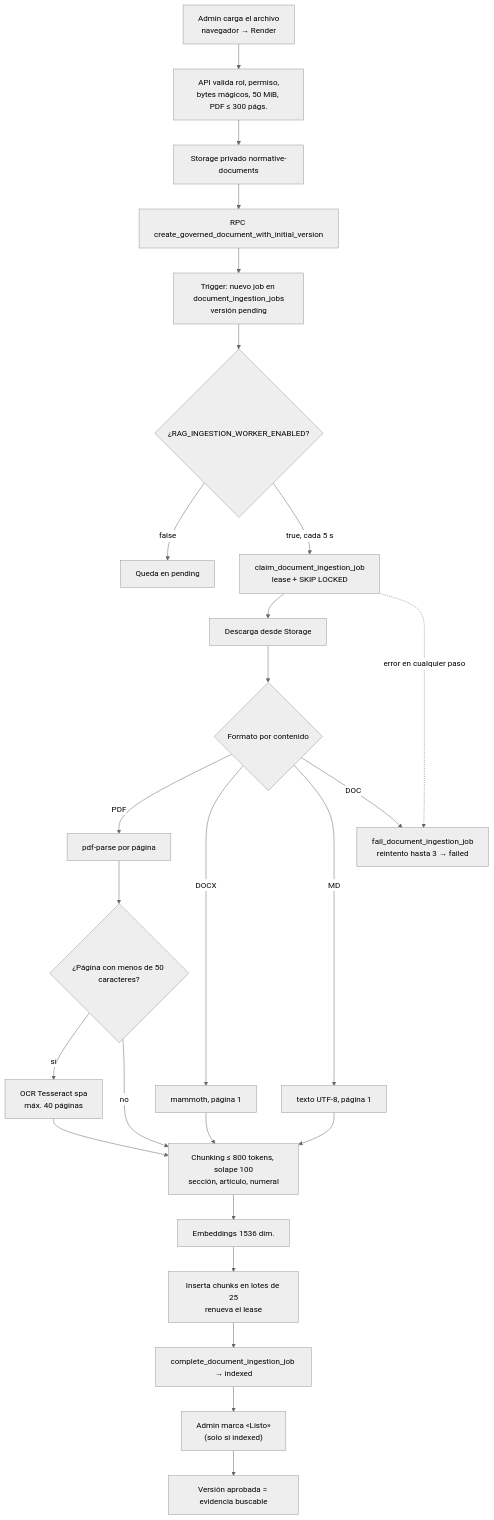
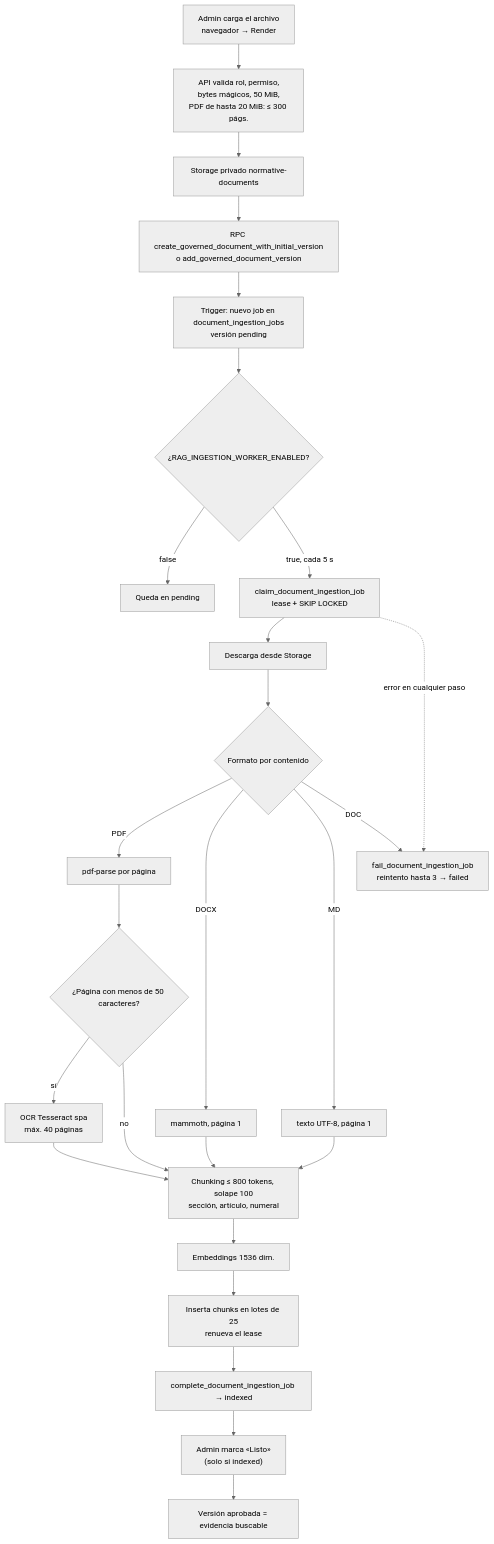
One commit to L3x-00/AvendAsesor changed the second of 3 diagrams in docs/architecture/arquitectura.md. Above: the diagram before and after it, drawn with Mermaid (neutral theme). The commit also changed other lines of this file and 4 other files, not shown here.

````diff
--- a/docs/architecture/arquitectura.md
+++ b/docs/architecture/arquitectura.md
@@ -370,28 +384,28 @@
 ```mermaid
 flowchart TD
-  UP["Admin carga el archivo<br/>navegador → Render"] --> VAL["API valida rol, permiso,<br/>bytes mágicos, 50 MiB, PDF ≤ 300 págs."]
+  UP["Admin carga el archivo<br/>navegador → Render"] --> VAL["API valida rol, permiso,<br/>bytes mágicos, 50 MiB,<br/>PDF de hasta 20 MiB: ≤ 300 págs."]
   VAL --> STO["Storage privado normative-documents"]
-  STO --> RPC["RPC create_governed_document_with_initial_version"]
+  STO --> RPC["RPC create_governed_document_with_initial_version<br/>o add_governed_document_version"]
   RPC --> ENQ["Trigger: nuevo job en document_ingestion_jobs<br/>versión pending"]
   ENQ --> WON{"¿RAG_INGESTION_WORKER_ENABLED?"}
   WON -- "false" --> PEN["Queda en pending"]
   WON -- "true, cada 5 s" --> CLA["claim_document_ingestion_job<br/>lease + SKIP LOCKED"]
   CLA --> DLD["Descarga desde Storage"]
   DLD --> FMT{"Formato por contenido"}
   FMT -- "PDF" --> PDF["pdf-parse por página"]
   PDF --> SPR{"¿Página con menos de 50 caracteres?"}
   SPR -- "sí" --> OCR["OCR Tesseract spa<br/>máx. 40 páginas"]
   SPR -- "no" --> CHK
   OCR --> CHK
   FMT -- "DOCX" --> DOCX["mammoth, página 1"]
   DOCX --> CHK
   FMT -- "MD" --> MD["texto UTF-8, página 1"]
   MD --> CHK
   FMT -- "DOC" --> FAIL["fail_document_ingestion_job<br/>reintento hasta 3 → failed"]
   CHK["Chunking ≤ 800 tokens, solape 100<br/>sección, artículo, numeral"] --> EMB["Embeddings 1536 dim."]
   EMB --> INS["Inserta chunks en lotes de 25<br/>renueva el lease"]
   INS --> IDX["complete_document_ingestion_job → indexed"]
   CLA -. "error en cualquier paso" .-> FAIL
   IDX --> APR["Admin marca «Listo»<br/>(solo si indexed)"]
   APR --> EVI["Versión aprobada = evidencia buscable"]
 ```
````
